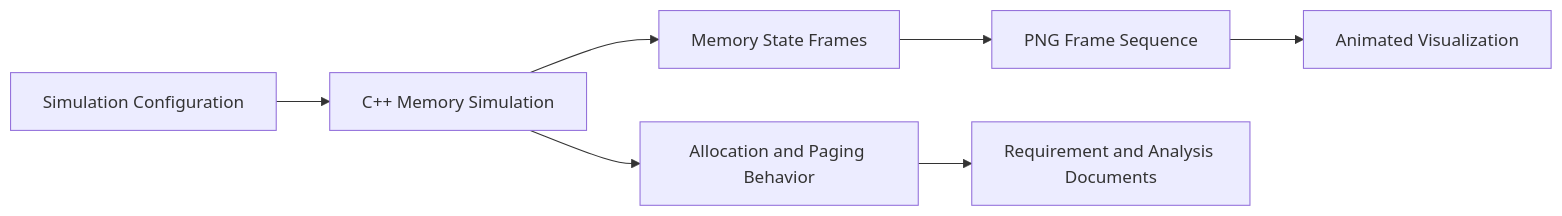
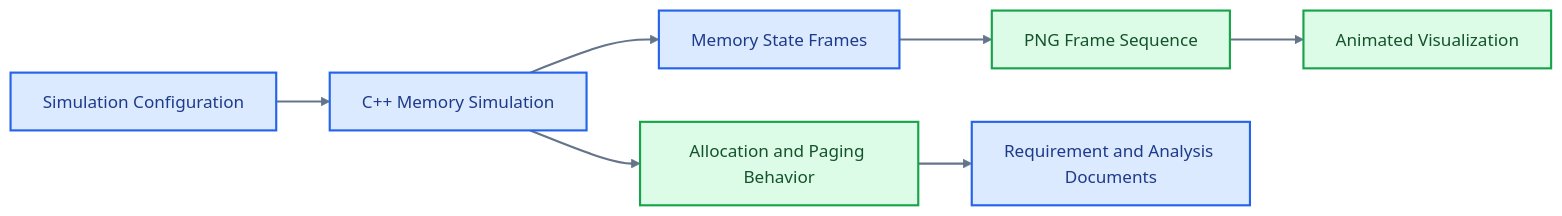
Before and after one commit to skx56/Memory-Management: the diagram in README.md, drawn with Mermaid.

Commit message:
Colorize README architecture diagram

````diff
--- a/README.md
+++ b/README.md
@@ -28,9 +28,18 @@
 ```mermaid
 flowchart LR
   Config["Simulation Configuration"] --> Engine["C++ Memory Simulation"]
   Engine --> States["Memory State Frames"]
   States --> PNG["PNG Frame Sequence"]
   PNG --> GIF["Animated Visualization"]
   Engine --> Metrics["Allocation and Paging Behavior"]
   Metrics --> Docs["Requirement and Analysis Documents"]
+
+  classDef inputs fill:#FEF3C7,stroke:#D97706,color:#78350F,stroke-width:2px;
+  classDef process fill:#DBEAFE,stroke:#2563EB,color:#1E3A8A,stroke-width:2px;
+  classDef data fill:#DCFCE7,stroke:#16A34A,color:#14532D,stroke-width:2px;
+  classDef agent fill:#F3E8FF,stroke:#9333EA,color:#581C87,stroke-width:2px;
+  classDef output fill:#FFE4E6,stroke:#E11D48,color:#881337,stroke-width:2px;
+  class Config,Engine,States,Docs process;
+  class PNG,GIF,Metrics data;
+  linkStyle default stroke:#64748B,stroke-width:2px;
 ```
````
